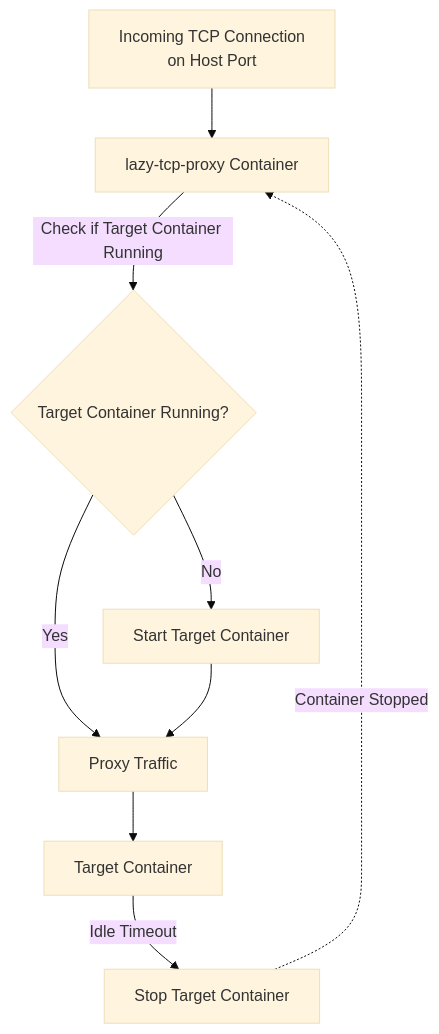
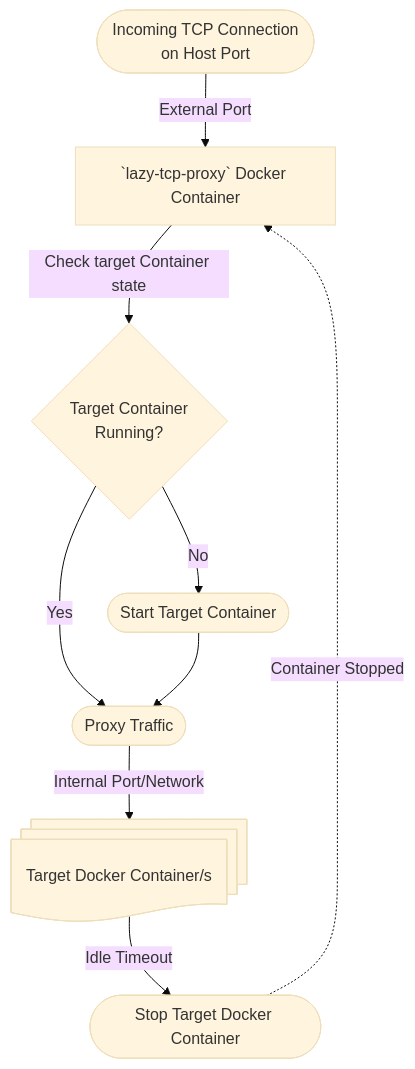
Before and after one commit to kbsonlong/lazy-tcp-proxy: the diagram in README.md, drawn with Mermaid (base theme).

````diff
--- a/README.md
+++ b/README.md
@@ -66,11 +66,11 @@
 ```mermaid
 flowchart TD
-  A[Incoming TCP Connection<br/>on Host Port] --> B[lazy-tcp-proxy Container]
-  B -->|Check if Target Container Running| C{Target Container Running?}
-  C -- No --> D[Start Target Container]
-  C -- Yes --> E[Proxy Traffic]
+  A([Incoming TCP Connection<br/>on Host Port]) -->|External Port| B[`lazy-tcp-proxy` Docker Container]
+  B -->|Check target Container state| C{Target Container<br/> Running?}
+  C -- No --> D([Start Target Container])
+  C -- Yes --> E([Proxy Traffic])
   D --> E
-  E --> F[Target Container]
-  F -- Idle Timeout --> G[Stop Target Container]
+  E -->|Internal Port/Network| F@{ shape: docs, label: "Target Docker Container/s"}
+  F -- Idle Timeout --> G([Stop Target Docker Container])
   G -.->|Container Stopped| B
 ```
````
